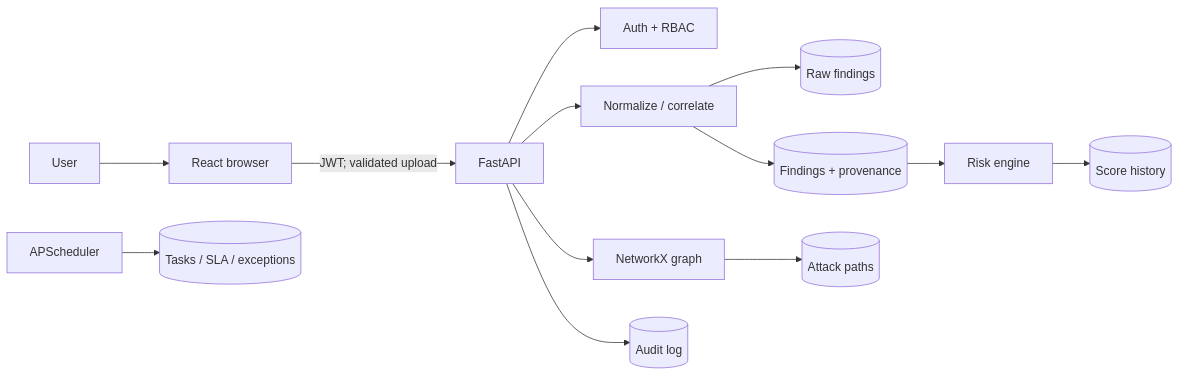
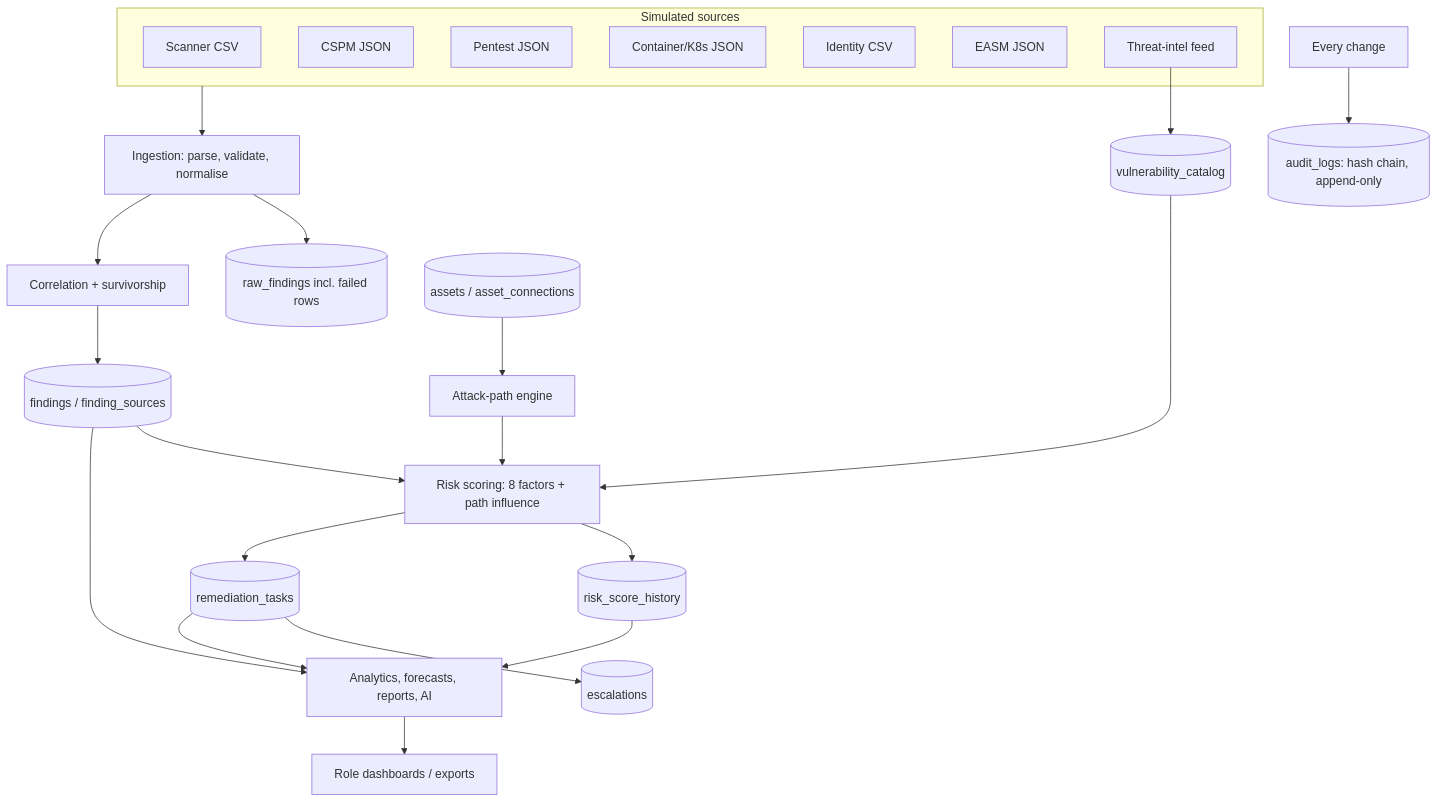
The diagram in docs/diagrams/data-flow.md (Aniket-001-code/ivm-platform), drawn with Mermaid before and after one commit. The commit also changed other lines of this file and 46 other files, not shown here.

````diff
--- a/docs/diagrams/data-flow.md
+++ b/docs/diagrams/data-flow.md
@@ -3,15 +3,16 @@
 ```mermaid
-flowchart LR
-  User --> Browser[React browser]
-  Browser -->|JWT; validated upload| API[FastAPI]
-  API --> Auth[Auth + RBAC]
-  API --> Ingest[Normalize / correlate]
-  Ingest --> Raw[(Raw findings)]
-  Ingest --> Findings[(Findings + provenance)]
-  Findings --> Risk[Risk engine]
-  Risk --> History[(Score history)]
-  API --> Graph[NetworkX graph]
-  Graph --> Paths[(Attack paths)]
-  Jobs[APScheduler] --> Tasks[(Tasks / SLA / exceptions)]
-  API --> Audit[(Audit log)]
+flowchart TB
+  subgraph Sources[Simulated sources]
+    S1[Scanner CSV] & S2[CSPM JSON] & S3[Pentest JSON] & S4[Container/K8s JSON] & S5[Identity CSV] & S6[EASM JSON] & S7[Threat-intel feed]
+  end
+  Sources --> I[Ingestion: parse, validate, normalise]
+  I --> RAW[(raw_findings incl. failed rows)]
+  I --> COR[Correlation + survivorship] --> F[(findings / finding_sources)]
+  S7 --> CAT[(vulnerability_catalog)] --> SC
+  F --> SC[Risk scoring: 8 factors + path influence] --> H[(risk_score_history)]
+  G[(assets / asset_connections)] --> AP[Attack-path engine] --> SC
+  SC --> T[(remediation_tasks)] --> ESC[(escalations)]
+  F & T & H --> AN[Analytics, forecasts, reports, AI]
+  AN --> UI[Role dashboards / exports]
+  ALL[Every change] --> AUD[(audit_logs: hash chain, append-only)]
 ```
````
